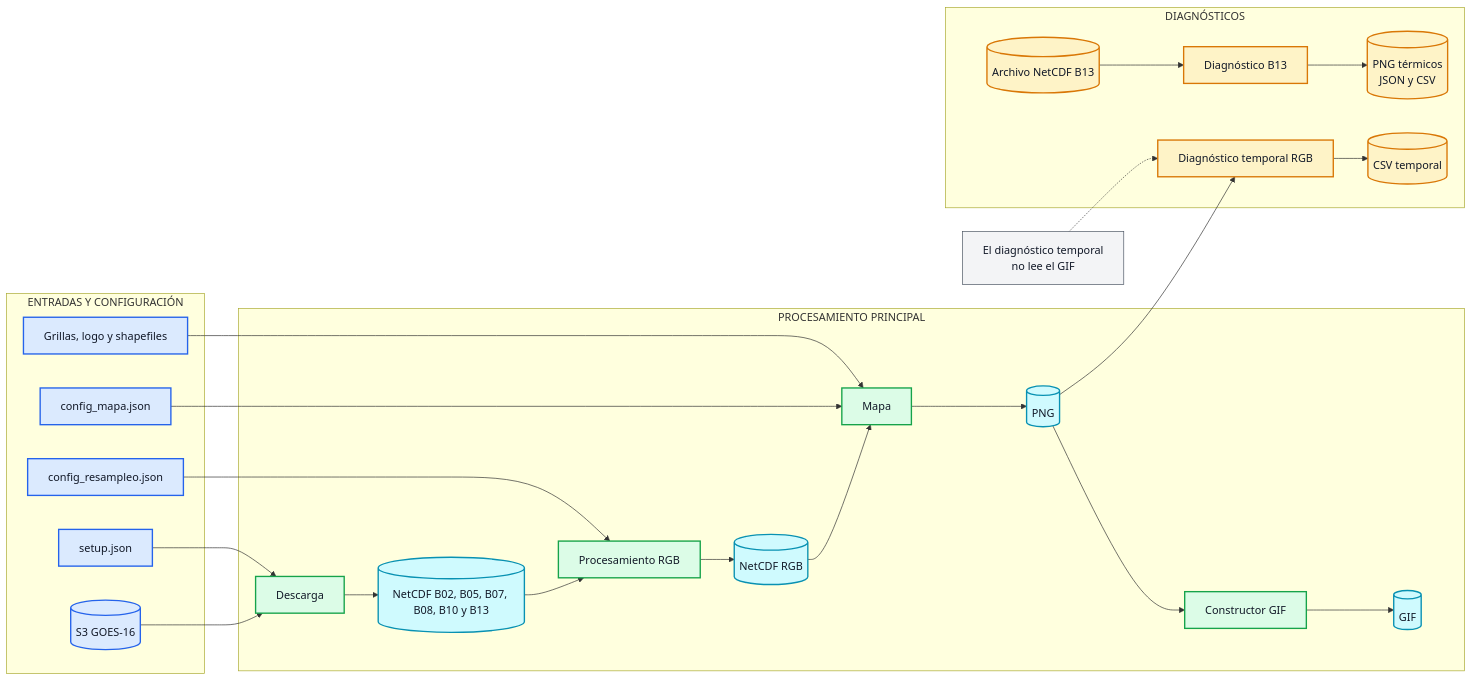
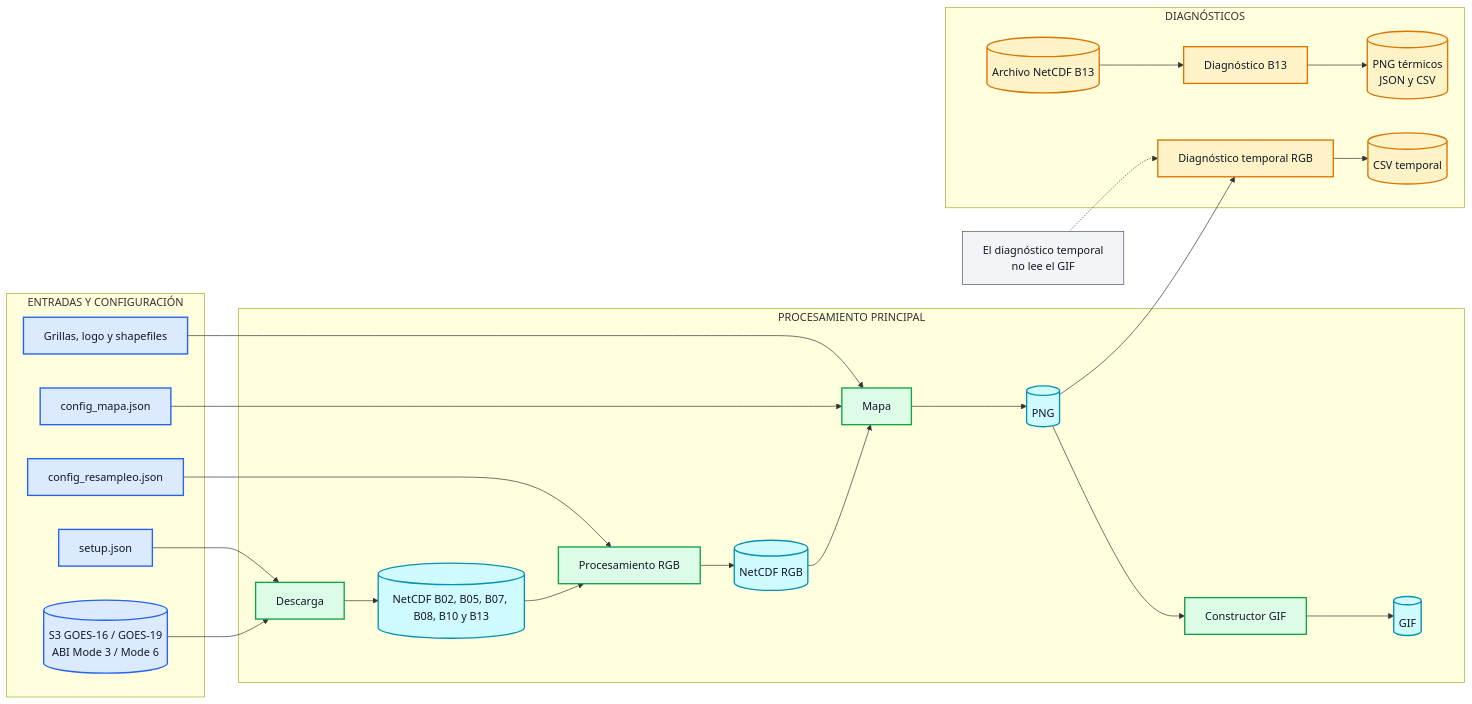
Before and after one commit to Geoespectro/P3_MDTS: the diagram in docs/documentacion_proyecto/diagramas/fuente_mermaid/05_entradas_y_salidas.mmd, drawn with Mermaid. The commit also changed 33 other files, not shown here.

```diff
--- a/docs/documentacion_proyecto/diagramas/fuente_mermaid/05_entradas_y_salidas.mmd
+++ b/docs/documentacion_proyecto/diagramas/fuente_mermaid/05_entradas_y_salidas.mmd
@@ -1,63 +1,63 @@
 flowchart LR
 
     subgraph ENTRADAS["ENTRADAS Y CONFIGURACIÓN"]
-        S3[("S3 GOES-16")]
+        S3[("S3 GOES-16 / GOES-19<br/>ABI Mode 3 / Mode 6")]
         CJ["setup.json"]
         CR["config_resampleo.json"]
         CM["config_mapa.json"]
         A["Grillas, logo y shapefiles"]
     end
 
     subgraph FLUJO["PROCESAMIENTO PRINCIPAL"]
         D["Descarga"]
         B[("NetCDF B02, B05, B07, B08, B10 y B13")]
         P["Procesamiento RGB"]
         N[("NetCDF RGB")]
         M["Mapa"]
         PNG[("PNG")]
         GIF["Constructor GIF"]
         GF[("GIF")]
     end
 
     subgraph DIAG["DIAGNÓSTICOS"]
         B13[("Archivo NetCDF B13")]
         DB["Diagnóstico B13"]
         DO[("PNG térmicos<br/>JSON y CSV")]
         DT["Diagnóstico temporal RGB"]
         DC[("CSV temporal")]
     end
 
     S3 --> D
     CJ --> D
     D --> B
 
     B --> P
     CR --> P
     P --> N
 
     N --> M
     CM --> M
     A --> M
     M --> PNG
     PNG --> GIF
     GIF --> GF
 
     B13 --> DB
     DB --> DO
 
     PNG --> DT
     DT --> DC
 
     Note1["El diagnóstico temporal<br/>no lee el GIF"] -.-> DT
 
     classDef entrada fill:#dbeafe,stroke:#2563eb,stroke-width:2px,color:#111827
     classDef proceso fill:#dcfce7,stroke:#16a34a,stroke-width:2px,color:#111827
     classDef salida fill:#cffafe,stroke:#0891b2,stroke-width:2px,color:#111827
     classDef diag fill:#fef3c7,stroke:#d97706,stroke-width:2px,color:#111827
     classDef nota fill:#f3f4f6,stroke:#4b5563,stroke-width:1px,color:#111827
 
     class S3,CJ,CR,CM,A entrada
     class D,P,M,GIF proceso
     class B,N,PNG,GF salida
     class B13,DB,DO,DT,DC diag
     class Note1 nota
```
